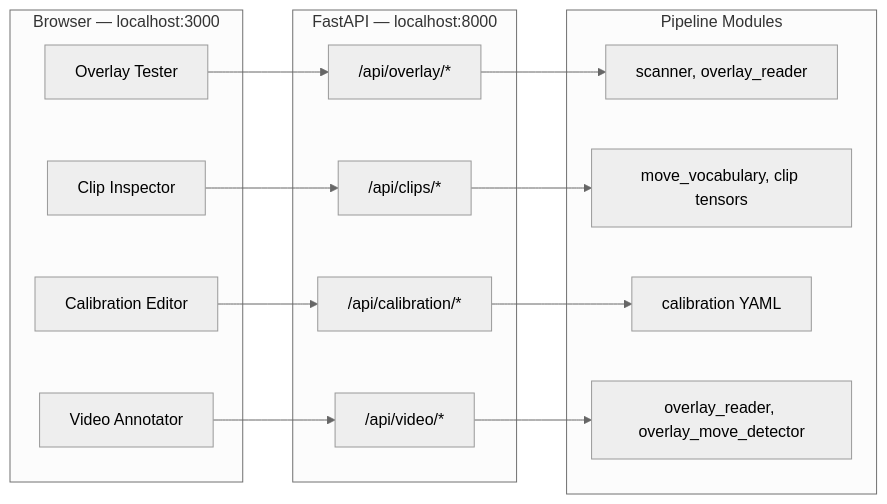
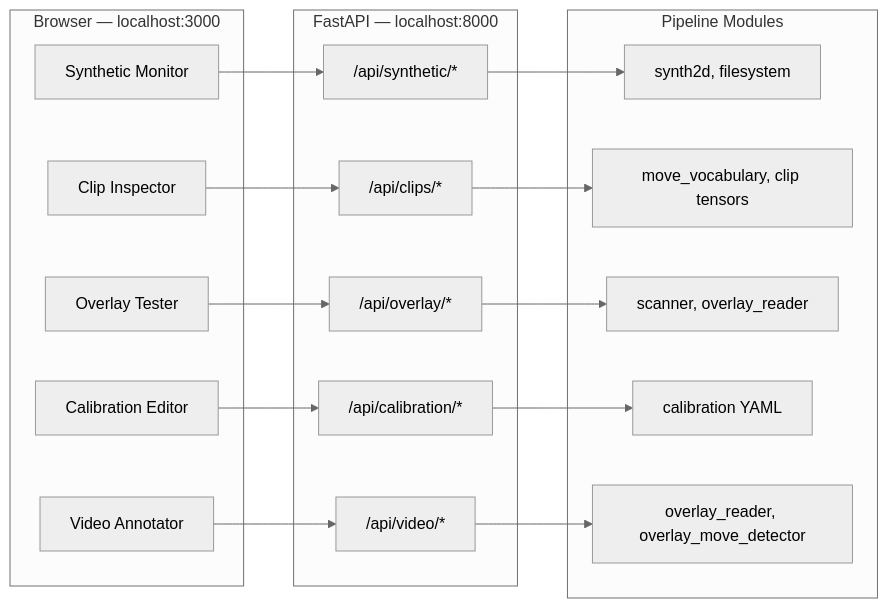
Before and after one commit to dscape/argus: the seventh of 9 diagrams in README.md, drawn with Mermaid (neutral theme). The commit also changed other lines of this file and 15 other files, not shown here.

````diff
--- a/README.md
+++ b/README.md
@@ -469,28 +476,32 @@
 ```mermaid
 graph LR
     subgraph "Browser — localhost:3000"
+        SM[Synthetic Monitor]
+        CI[Clip Inspector]
         OT[Overlay Tester]
-        CI[Clip Inspector]
         CE[Calibration Editor]
         VA[Video Annotator]
     end
 
     subgraph "FastAPI — localhost:8000"
+        R0["/api/synthetic/*"]
+        R2["/api/clips/*"]
         R1["/api/overlay/*"]
-        R2["/api/clips/*"]
         R3["/api/calibration/*"]
         R4["/api/video/*"]
     end
 
     subgraph "Pipeline Modules"
+        S0["synth2d, filesystem"]
+        S2["move_vocabulary, clip tensors"]
         S1["scanner, overlay_reader"]
-        S2["move_vocabulary, clip tensors"]
         S3["calibration YAML"]
         S4["overlay_reader, overlay_move_detector"]
     end
 
+    SM --> R0 --> S0
+    CI --> R2 --> S2
     OT --> R1 --> S1
-    CI --> R2 --> S2
     CE --> R3 --> S3
     VA --> R4 --> S4
 ```
````
